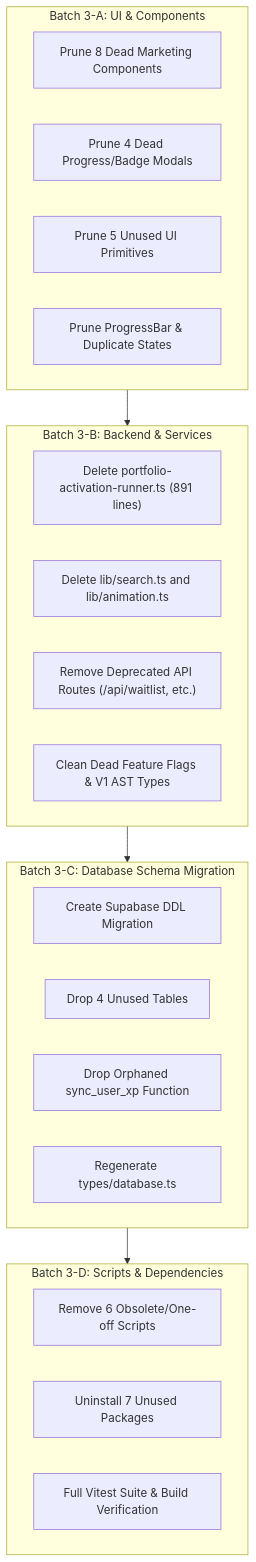
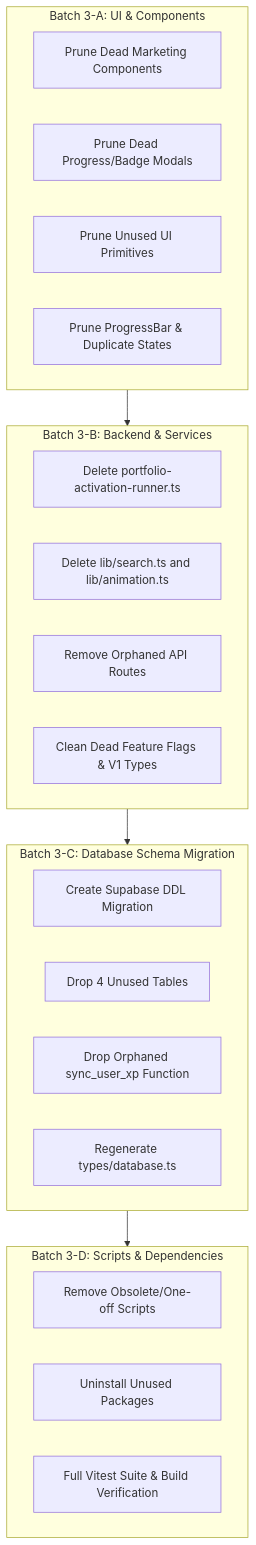
Before and after one commit to pmacademy-app/web: the diagram in docs/DEAD_CODE_AUDIT.md, drawn with Mermaid. The commit also changed other lines of this file and 44 other files, not shown here.

````diff
--- a/docs/DEAD_CODE_AUDIT.md
+++ b/docs/DEAD_CODE_AUDIT.md
@@ -170,31 +187,31 @@
 ```mermaid
 flowchart TD
     subgraph Batch3A["Batch 3-A: UI & Components"]
-        A1["Prune 8 Dead Marketing Components"]
-        A2["Prune 4 Dead Progress/Badge Modals"]
-        A3["Prune 5 Unused UI Primitives"]
+        A1["Prune Dead Marketing Components"]
+        A2["Prune Dead Progress/Badge Modals"]
+        A3["Prune Unused UI Primitives"]
         A4["Prune ProgressBar & Duplicate States"]
     end
 
     subgraph Batch3B["Batch 3-B: Backend & Services"]
-        B1["Delete portfolio-activation-runner.ts (891 lines)"]
+        B1["Delete portfolio-activation-runner.ts"]
         B2["Delete lib/search.ts and lib/animation.ts"]
-        B3["Remove Deprecated API Routes (/api/waitlist, etc.)"]
-        B4["Clean Dead Feature Flags & V1 AST Types"]
+        B3["Remove Orphaned API Routes"]
+        B4["Clean Dead Feature Flags & V1 Types"]
     end
 
     subgraph Batch3C["Batch 3-C: Database Schema Migration"]
         C1["Create Supabase DDL Migration"]
         C2["Drop 4 Unused Tables"]
         C3["Drop Orphaned sync_user_xp Function"]
         C4["Regenerate types/database.ts"]
     end
 
     subgraph Batch3D["Batch 3-D: Scripts & Dependencies"]
-        D1["Remove 6 Obsolete/One-off Scripts"]
-        D2["Uninstall 7 Unused Packages"]
+        D1["Remove Obsolete/One-off Scripts"]
+        D2["Uninstall Unused Packages"]
         D3["Full Vitest Suite & Build Verification"]
     end
 
     Batch3A --> Batch3B --> Batch3C --> Batch3D
 ```
````
